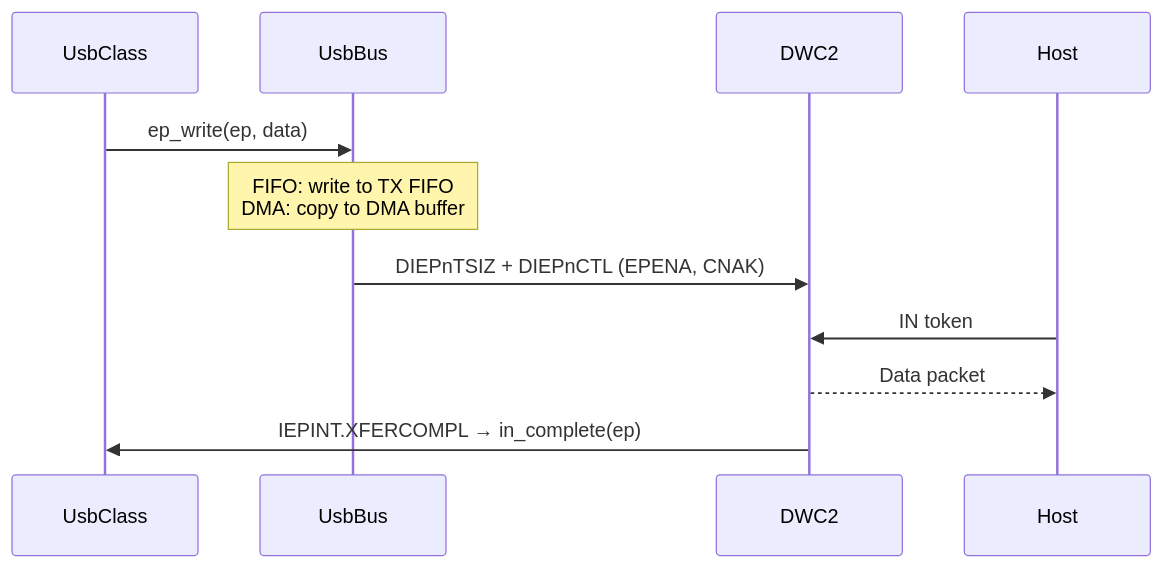
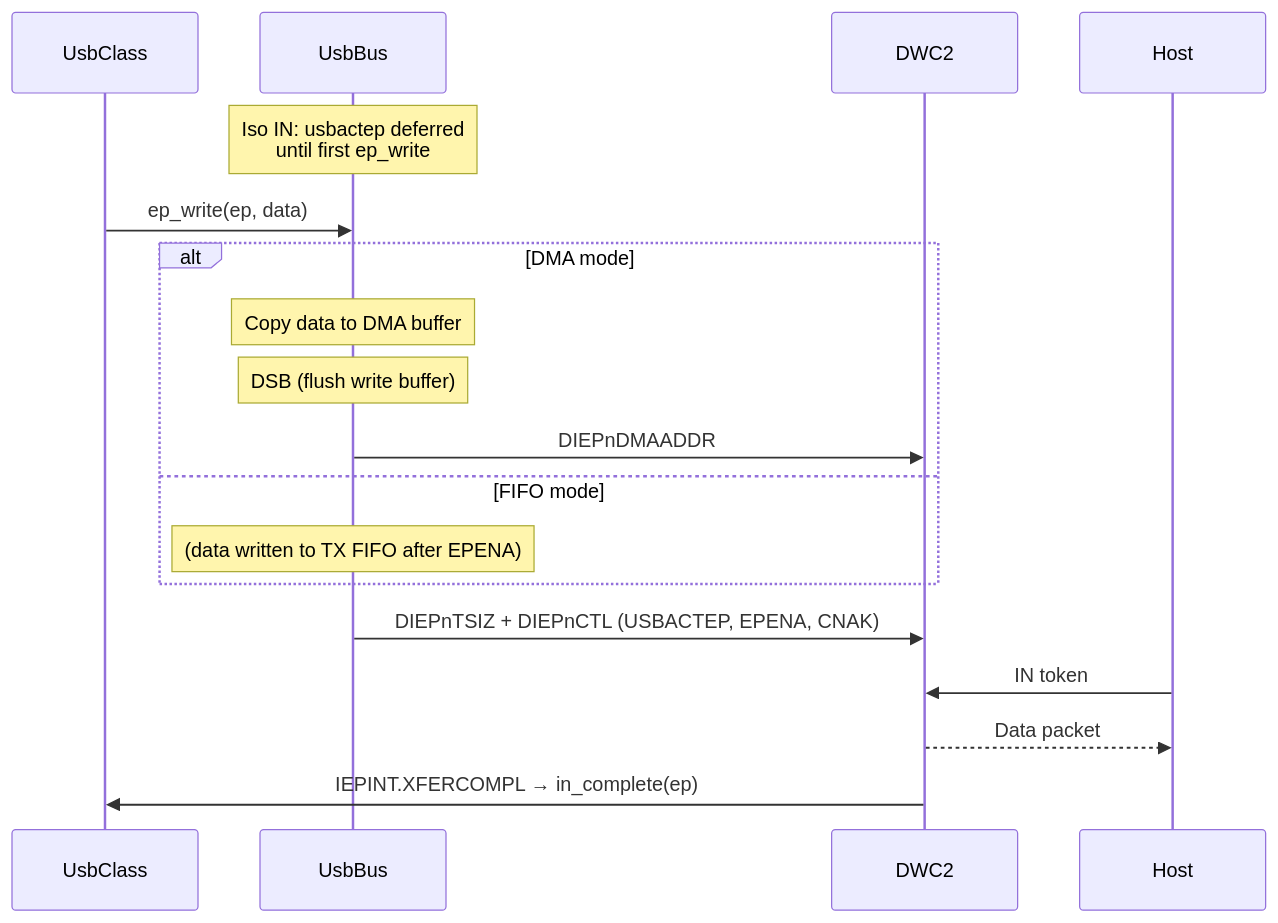
Before and after one commit to kromych/slstk3400a-blink-rs: the fifth of 7 diagrams in support/efm32hg322_usb/README.md, drawn with Mermaid. The commit also changed other lines of this file and 2 other files, not shown here.

Commit message:
fix dma and nack race, barriers

````diff
--- a/support/efm32hg322_usb/README.md
+++ b/support/efm32hg322_usb/README.md
@@ -157,15 +179,24 @@
 ```mermaid
 sequenceDiagram
     participant Class as UsbClass
     participant Bus as UsbBus
     participant DWC2
     participant Host
 
+    Note over Bus: Iso IN: usbactep deferred<br/>until first ep_write
+
     Class->>Bus: ep_write(ep, data)
-    Note over Bus: FIFO: write to TX FIFO<br/>DMA: copy to DMA buffer
 
-    Bus->>DWC2: DIEPnTSIZ + DIEPnCTL (EPENA, CNAK)
+    alt DMA mode
+        Note over Bus: Copy data to DMA buffer
+        Note over Bus: DSB (flush write buffer)
+        Bus->>DWC2: DIEPnDMAADDR
+    else FIFO mode
+        Note over Bus: (data written to TX FIFO after EPENA)
+    end
+
+    Bus->>DWC2: DIEPnTSIZ + DIEPnCTL (USBACTEP, EPENA, CNAK)
     Host->>DWC2: IN token
     DWC2-->>Host: Data packet
     DWC2->>Class: IEPINT.XFERCOMPL → in_complete(ep)
 ```
````
